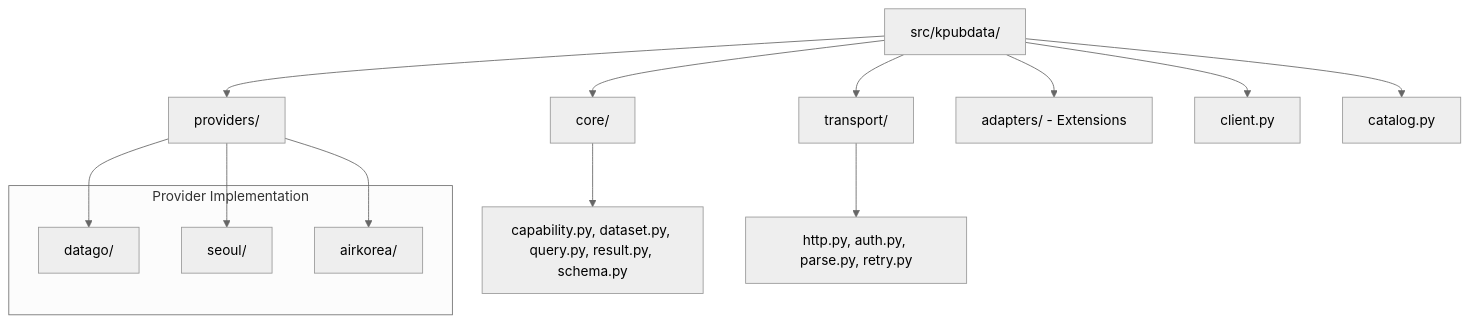
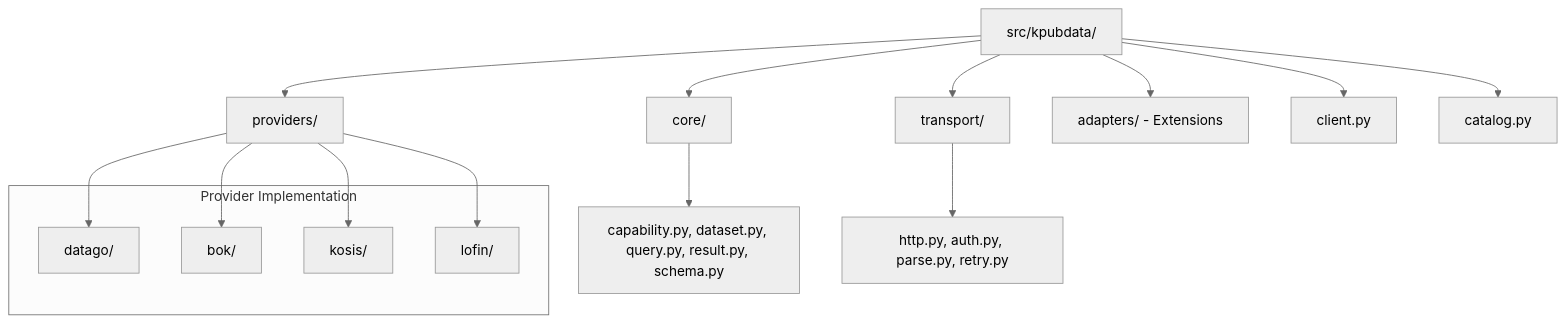
The seventh of 7 diagrams in ARCHITECTURE.md (yeongseon/kpubdata), drawn with Mermaid (neutral theme) before and after one commit. The commit also changed other lines of this file and 8 other files, not shown here.

````diff
--- a/ARCHITECTURE.md
+++ b/ARCHITECTURE.md
@@ -442,21 +442,23 @@
 ```mermaid
 graph TD
     root[src/kpubdata/] --> core[core/]
     root --> transport[transport/]
     root --> providers[providers/]
     root --> adapters[adapters/ - Extensions]
     root --> client[client.py]
     root --> catalog[catalog.py]
 
     core --> core_files[capability.py, dataset.py, query.py, result.py, schema.py]
     transport --> transport_files[http.py, auth.py, parse.py, retry.py]
     providers --> datago[datago/]
-    providers --> seoul[seoul/]
-    providers --> airkorea[airkorea/]
+    providers --> bok[bok/]
+    providers --> kosis[kosis/]
+    providers --> lofin[lofin/]
 
     subgraph Adapters [Provider Implementation]
     datago
-    seoul
-    airkorea
+    bok
+    kosis
+    lofin
     end
 ```
````
